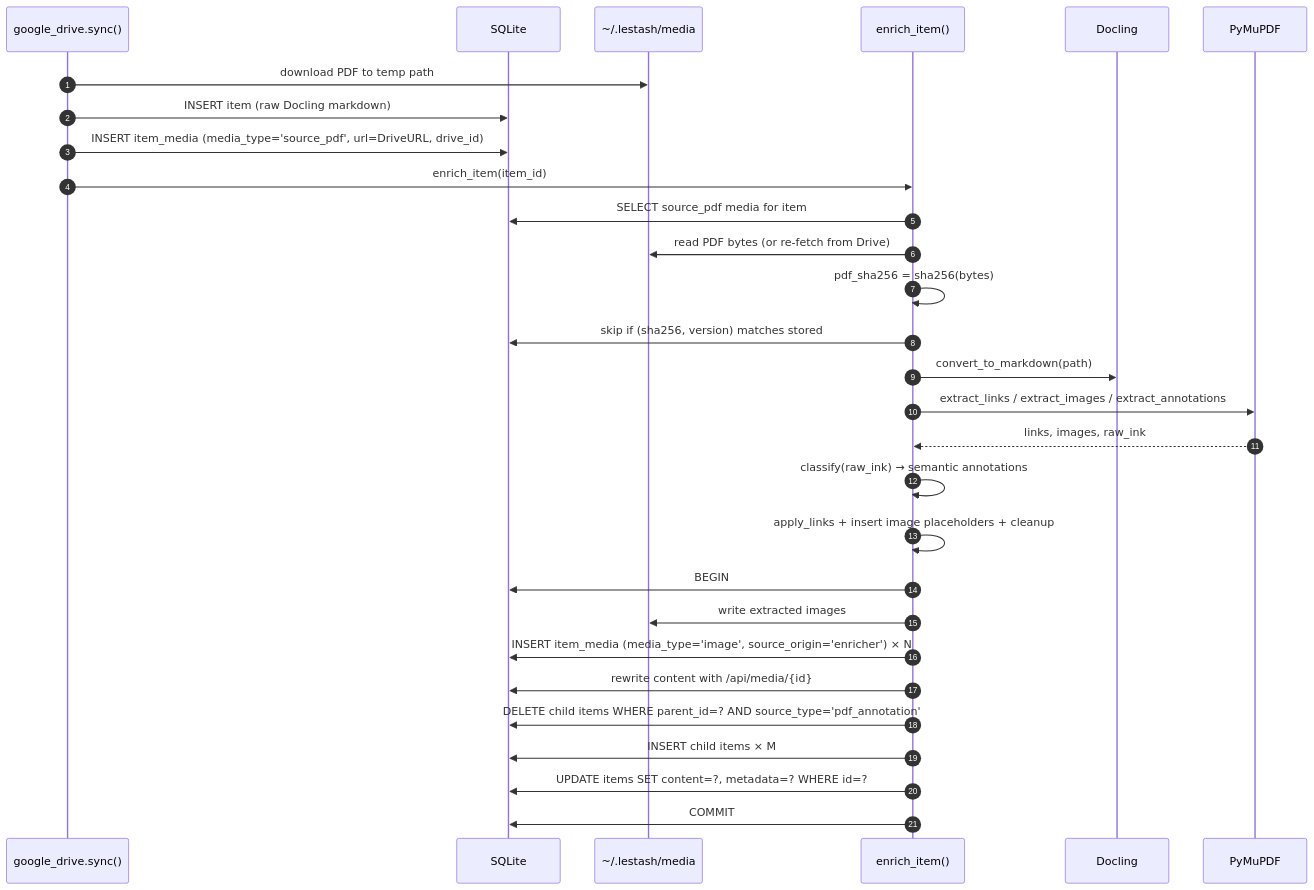
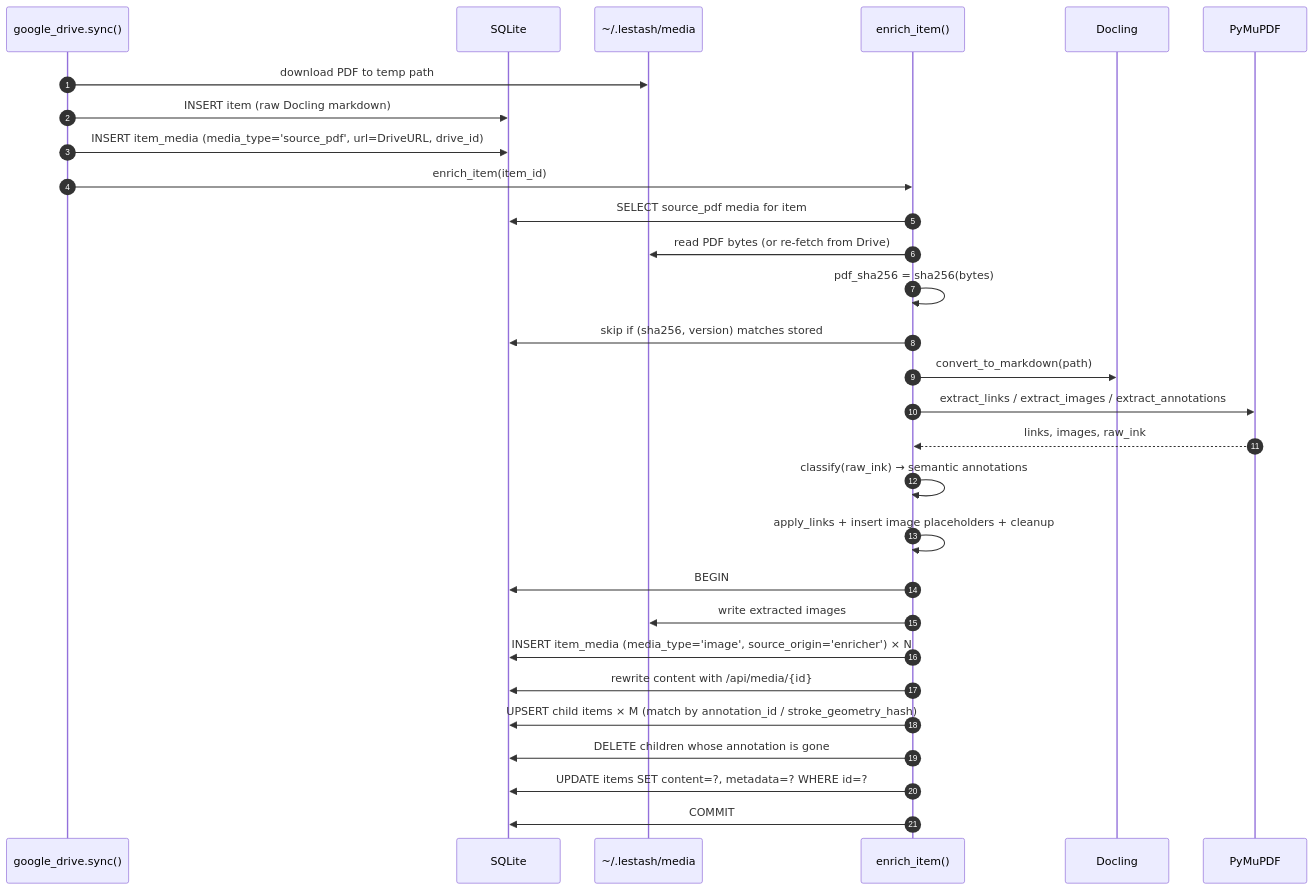
One commit to thompsonson/lestash changed the first of 5 diagrams in docs/pdf-enrichment-design.md. Above: the diagram before and after it, drawn with Mermaid. The commit also changed other lines of this file and 5 other files, not shown here.

First line of the commit message:
fix(pdf): upsert annotation children on re-enrich, keep one source_pdf

````diff
--- a/docs/pdf-enrichment-design.md
+++ b/docs/pdf-enrichment-design.md
@@ -157,32 +157,32 @@
 ```mermaid
 sequenceDiagram
     autonumber
     participant Sync as google_drive.sync()
     participant DB as SQLite
     participant FS as ~/.lestash/media
     participant Enrich as enrich_item()
     participant Docling
     participant PyMuPDF
 
     Sync->>FS: download PDF to temp path
     Sync->>DB: INSERT item (raw Docling markdown)
     Sync->>DB: INSERT item_media (media_type='source_pdf', url=DriveURL, drive_id)
     Sync->>Enrich: enrich_item(item_id)
     Enrich->>DB: SELECT source_pdf media for item
     Enrich->>FS: read PDF bytes (or re-fetch from Drive)
     Enrich->>Enrich: pdf_sha256 = sha256(bytes)
     Enrich->>DB: skip if (sha256, version) matches stored
     Enrich->>Docling: convert_to_markdown(path)
     Enrich->>PyMuPDF: extract_links / extract_images / extract_annotations
     PyMuPDF-->>Enrich: links, images, raw_ink
     Enrich->>Enrich: classify(raw_ink) → semantic annotations
     Enrich->>Enrich: apply_links + insert image placeholders + cleanup
     Enrich->>DB: BEGIN
     Enrich->>FS: write extracted images
     Enrich->>DB: INSERT item_media (media_type='image', source_origin='enricher') × N
     Enrich->>DB: rewrite content with /api/media/{id}
-    Enrich->>DB: DELETE child items WHERE parent_id=? AND source_type='pdf_annotation'
-    Enrich->>DB: INSERT child items × M
+    Enrich->>DB: UPSERT child items × M (match by annotation_id / stroke_geometry_hash)
+    Enrich->>DB: DELETE children whose annotation is gone
     Enrich->>DB: UPDATE items SET content=?, metadata=? WHERE id=?
     Enrich->>DB: COMMIT
 ```
````
